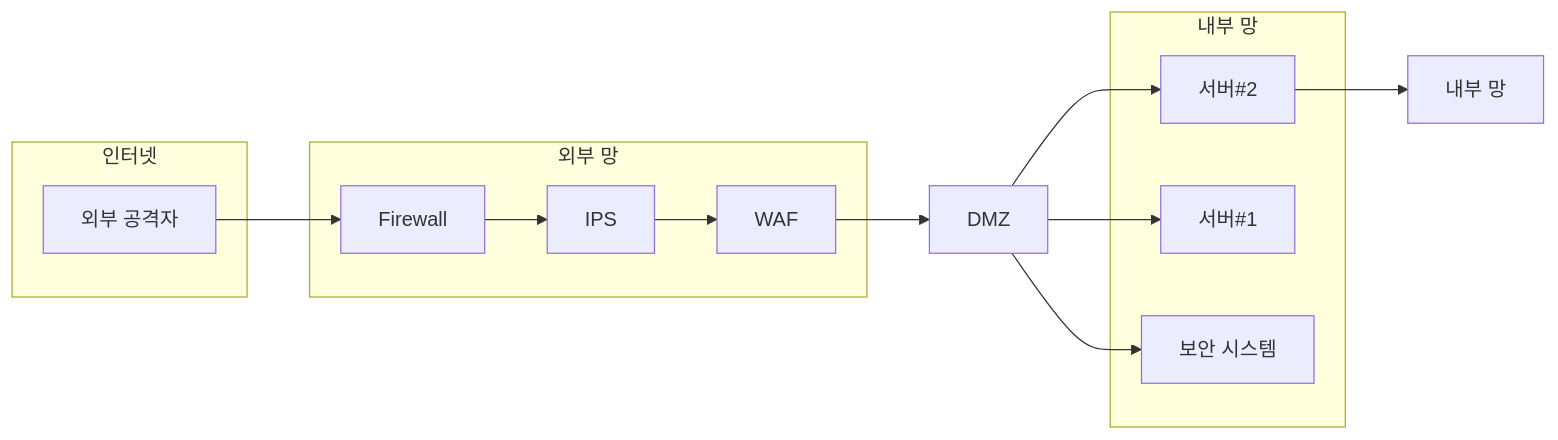
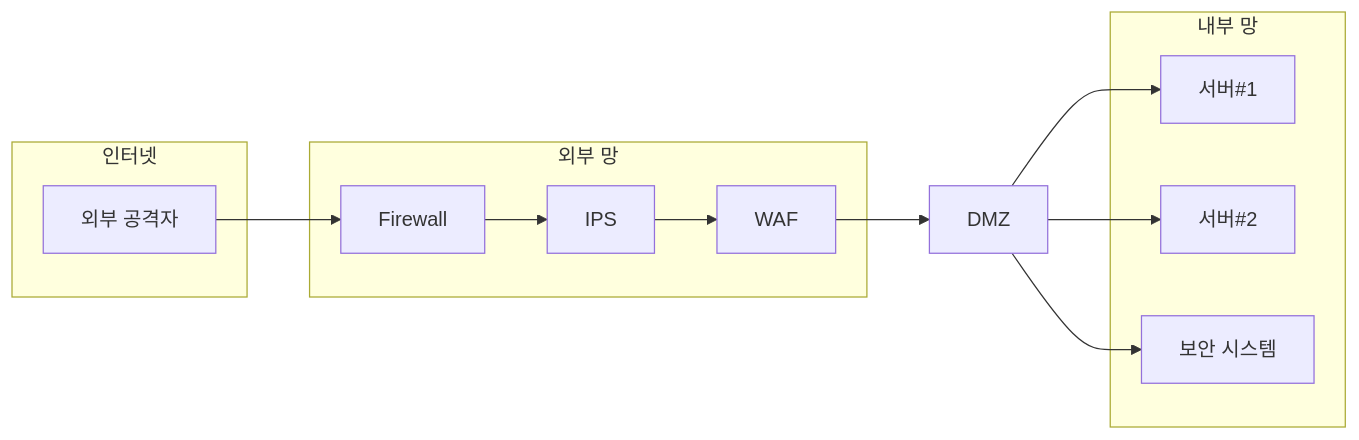
The diagram in philosophy/ko/why-PLURA-XDR.md (qubitsec/plura), drawn with Mermaid before and after one commit.

````diff
--- a/philosophy/ko/why-PLURA-XDR.md
+++ b/philosophy/ko/why-PLURA-XDR.md
@@ -19,28 +19,27 @@
 ```mermaid
 flowchart LR
     외부공격자[외부 공격자] -->Firewall
     Firewall --> IPS
     IPS --> WAF
     WAF --> DMZ[DMZ]
-    내부서버2 --> 내부망[내부 망]
     
     subgraph 공격자[인터넷]
         외부공격자
     end
     
     subgraph 외부망[외부 망]
         Firewall
         IPS
         WAF
     end
     
     subgraph 내부망구역[내부 망]
         내부서버1[서버#1]
         내부서버2[서버#2]
         내부보안[보안 시스템]
     end
     
     DMZ --> 내부서버1
     DMZ --> 내부서버2
     DMZ --> 내부보안
 ```
````
